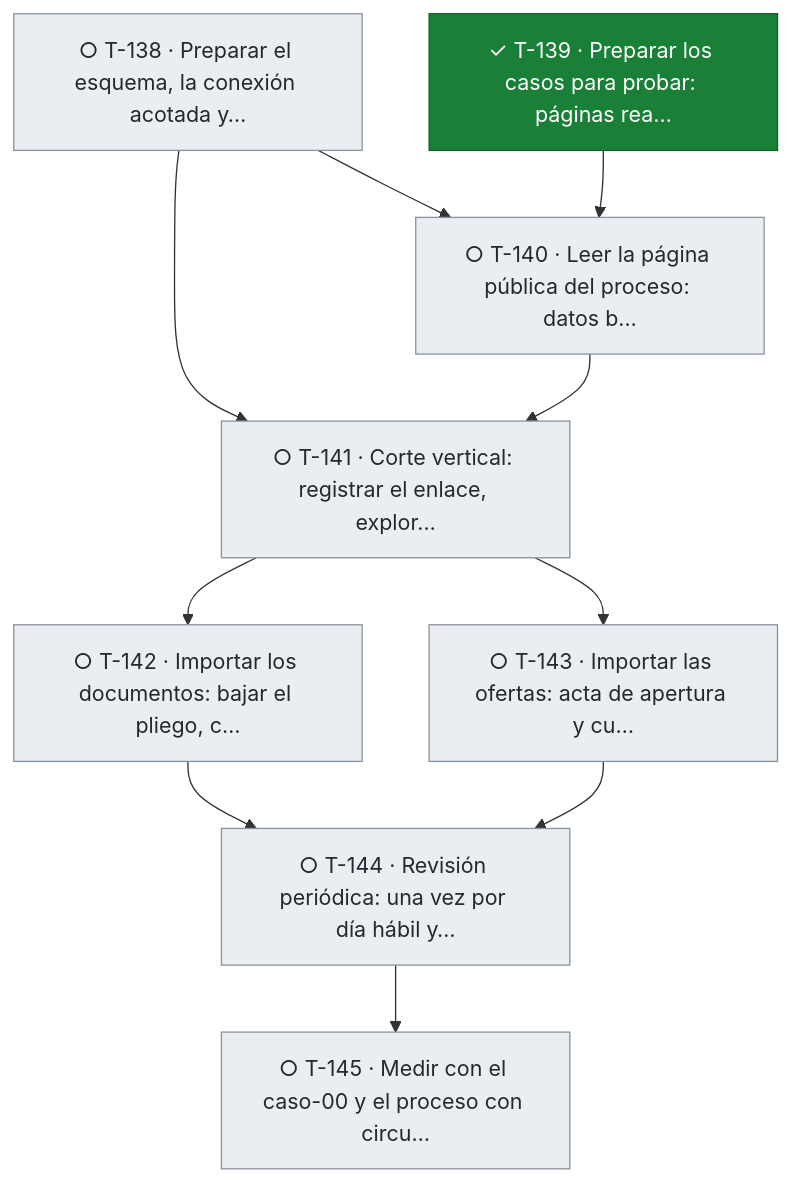
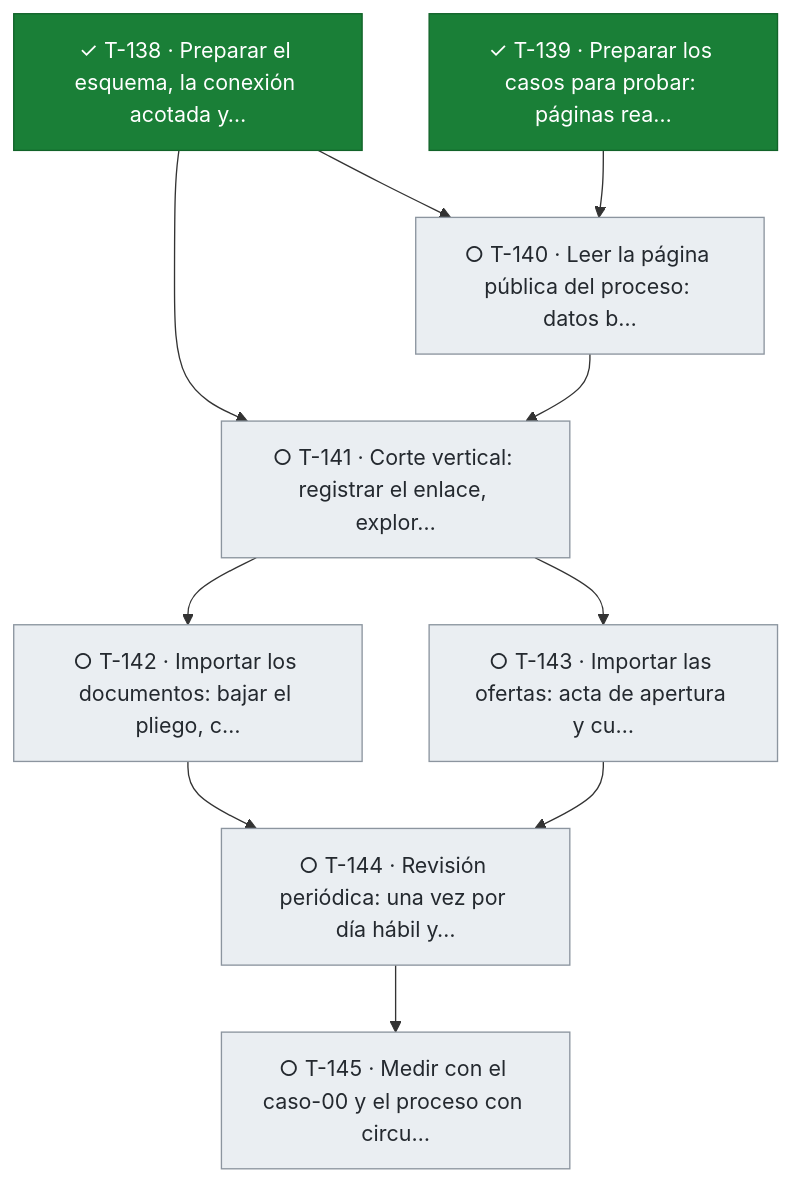
The ninth of 9 diagrams in docs/tablero.md (snavello/EVALUON), drawn with Mermaid before and after one commit. The commit also changed other lines of this file and 1 other file, not shown here.

````diff
--- a/docs/tablero.md
+++ b/docs/tablero.md
@@ -754,25 +754,25 @@
 ```mermaid
 flowchart TD
-  T138["○ T-138 · Preparar el esquema, la conexión acotada y…"]:::todo
+  T138["✓ T-138 · Preparar el esquema, la conexión acotada y…"]:::done
   T139["✓ T-139 · Preparar los casos para probar: páginas rea…"]:::done
   T140["○ T-140 · Leer la página pública del proceso: datos b…"]:::todo
   T141["○ T-141 · Corte vertical: registrar el enlace, explor…"]:::todo
   T142["○ T-142 · Importar los documentos: bajar el pliego, c…"]:::todo
   T143["○ T-143 · Importar las ofertas: acta de apertura y cu…"]:::todo
   T144["○ T-144 · Revisión periódica: una vez por día hábil y…"]:::todo
   T145["○ T-145 · Medir con el caso-00 y el proceso con circu…"]:::todo
   T138 --> T140
   T139 --> T140
   T138 --> T141
   T140 --> T141
   T141 --> T142
   T141 --> T143
   T142 --> T144
   T143 --> T144
   T144 --> T145
   classDef done fill:#1a7f37,stroke:#116329,color:#ffffff
   classDef review fill:#0969da,stroke:#0550ae,color:#ffffff
   classDef active fill:#bf8700,stroke:#7d4e00,color:#ffffff
   classDef blocked fill:#cf222e,stroke:#a40e26,color:#ffffff
   classDef todo fill:#eaeef2,stroke:#8c959f,color:#24292f
 ```
````
